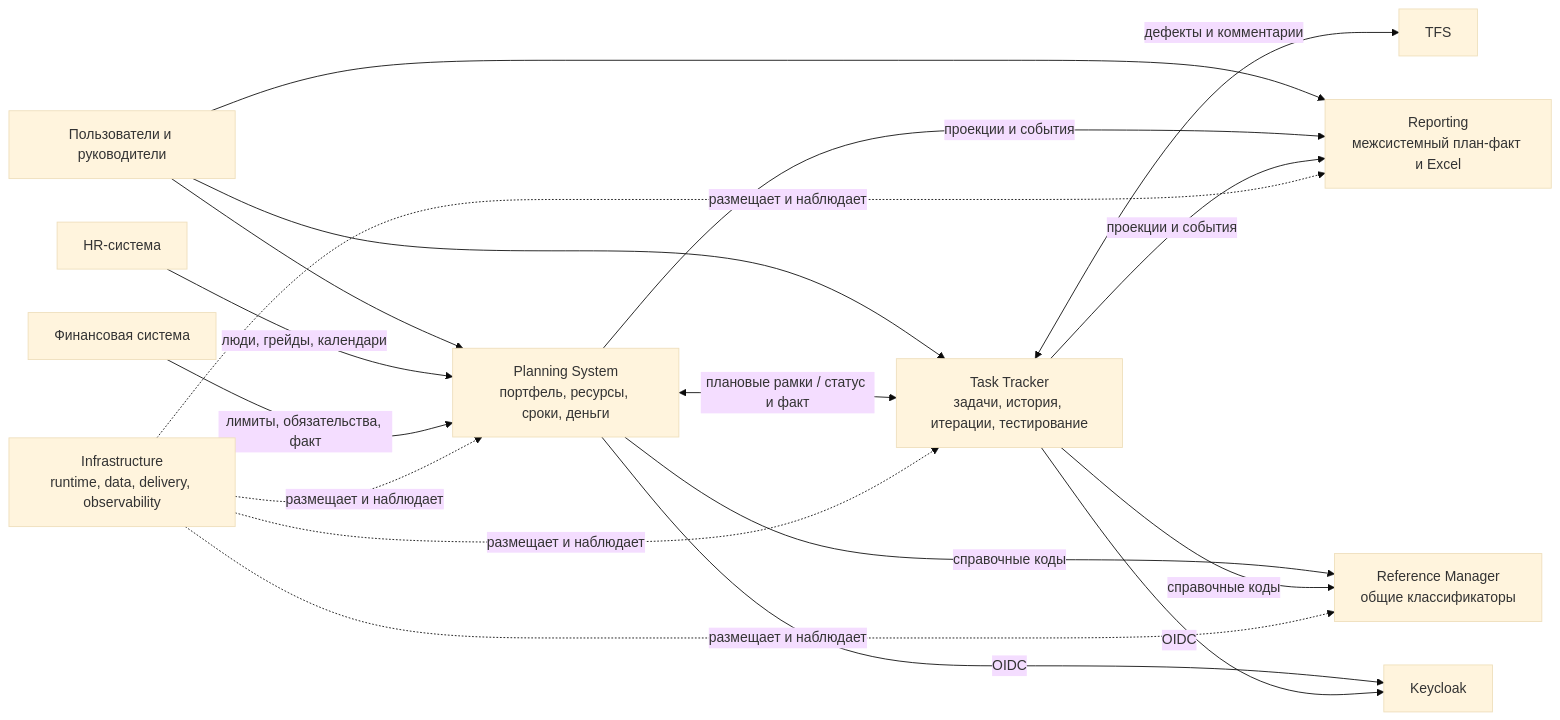
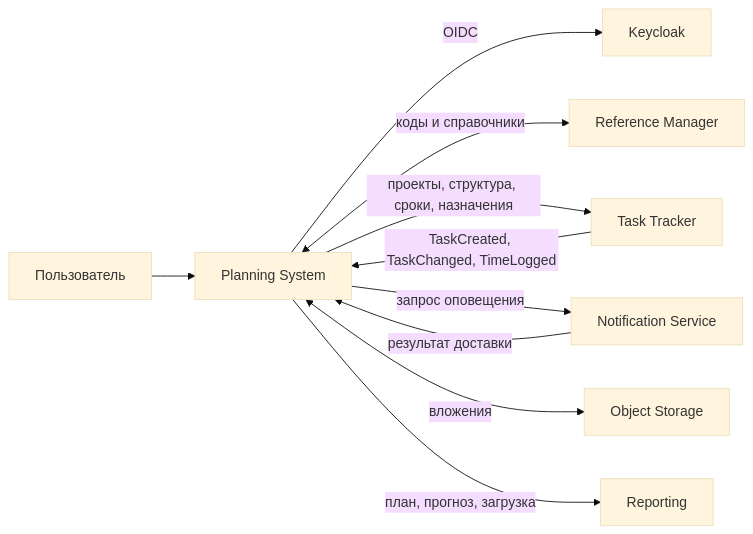
One commit to MEPhI-C22-501/arch-info-system-monorepo changed the diagram in planning-system/docs/system-landscape.md. Above: the diagram before and after it, drawn with Mermaid (base theme). The commit also changed other lines of this file and 15 other files, not shown here.

Commit message:
docs: finalize planning system requirements

````diff
--- a/planning-system/docs/system-landscape.md
+++ b/planning-system/docs/system-landscape.md
@@ -78,31 +15,12 @@
 ```mermaid
 flowchart LR
-  users["Пользователи и руководители"]
-  planning["Planning System<br/>портфель, ресурсы, сроки, деньги"]
-  tracker["Task Tracker<br/>задачи, история, итерации, тестирование"]
-  reference["Reference Manager<br/>общие классификаторы"]
-  reporting["Reporting<br/>межсистемный план-факт и Excel"]
-  infra["Infrastructure<br/>runtime, data, delivery, observability"]
-  hr["HR-система"]
-  finance["Финансовая система"]
-  keycloak["Keycloak"]
-  tfs["TFS"]
-
-  users --> planning
-  users --> tracker
-  users --> reporting
-  planning <-->|"плановые рамки / статус и факт"| tracker
-  planning -->|"справочные коды"| reference
-  tracker -->|"справочные коды"| reference
-  planning -->|"проекции и события"| reporting
-  tracker -->|"проекции и события"| reporting
-  hr -->|"люди, грейды, календари"| planning
-  finance -->|"лимиты, обязательства, факт"| planning
-  planning -->|"OIDC"| keycloak
-  tracker -->|"OIDC"| keycloak
-  tracker <-->|"дефекты и комментарии"| tfs
-  infra -.->|"размещает и наблюдает"| planning
-  infra -.->|"размещает и наблюдает"| tracker
-  infra -.->|"размещает и наблюдает"| reference
-  infra -.->|"размещает и наблюдает"| reporting
+  user["Пользователь"] --> planning["Planning System"]
+  planning -->|"OIDC"| keycloak["Keycloak"]
+  planning <-->|"коды и справочники"| reference["Reference Manager"]
+  planning -->|"проекты, структура, сроки, назначения"| tracker["Task Tracker"]
+  tracker -->|"TaskCreated, TaskChanged, TimeLogged"| planning
+  planning -->|"запрос оповещения"| notify["Notification Service"]
+  notify -->|"результат доставки"| planning
+  planning <-->|"вложения"| storage["Object Storage"]
+  planning -->|"план, прогноз, загрузка"| reporting["Reporting"]
 ```
````
